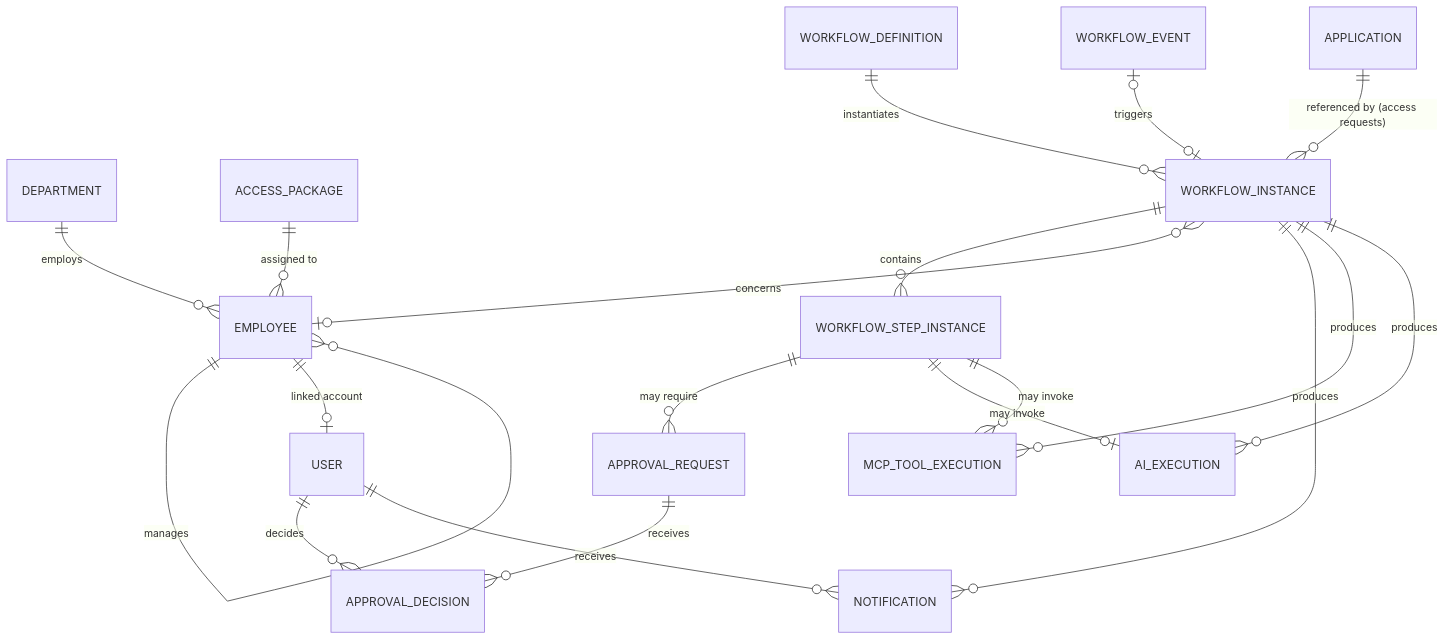
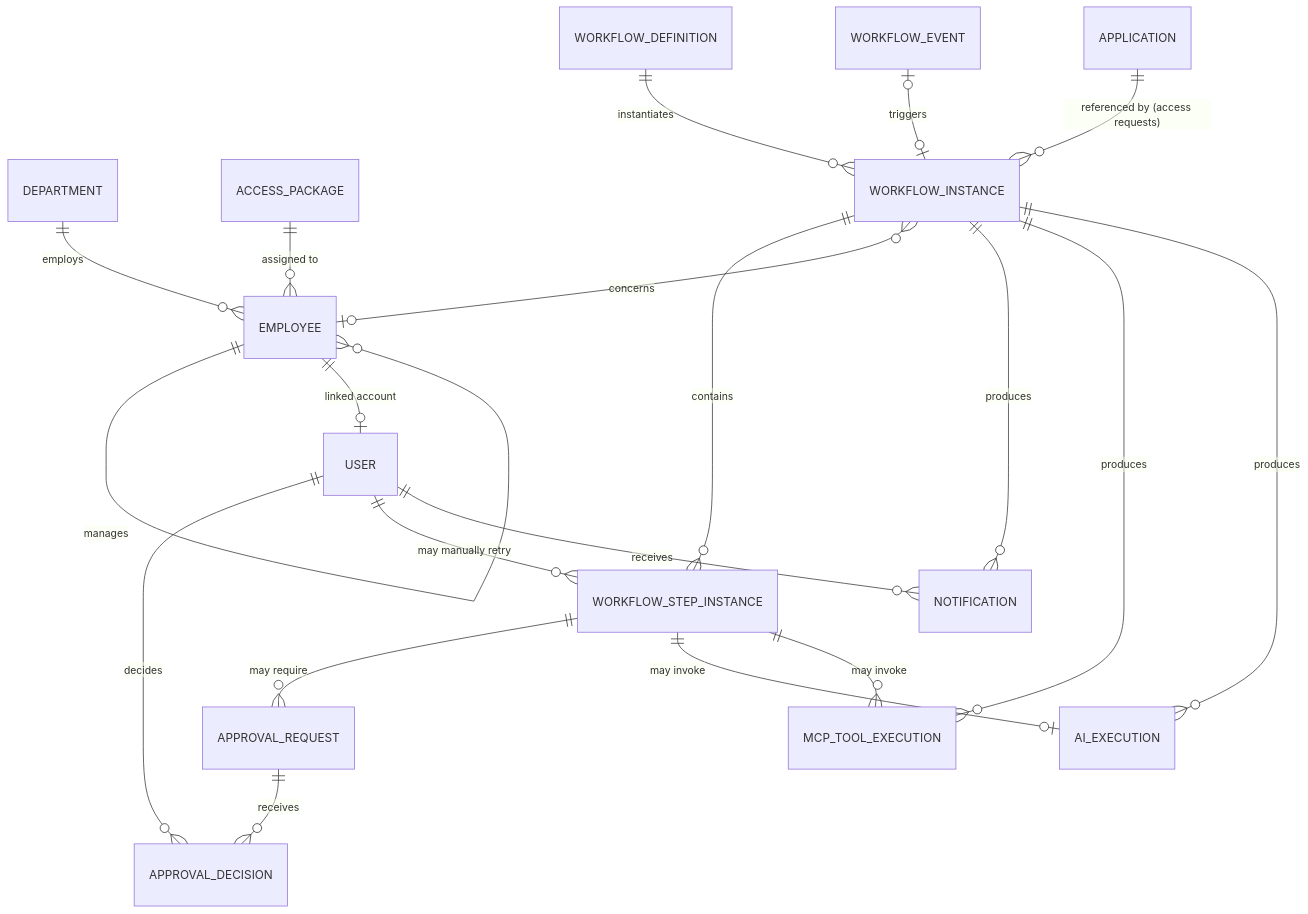
The diagram in docs/architecture/data-model.md (markrollinborja/Enterprise-AI-Workflow-Automation-Platform), drawn with Mermaid before and after one commit. The commit also changed other lines of this file and 15 other files, not shown here.

Commit message:
Phase 13b: admin manual retry endpoint for failed workflow steps

````diff
--- a/docs/architecture/data-model.md
+++ b/docs/architecture/data-model.md
@@ -22,26 +22,27 @@
 ```mermaid
 erDiagram
     DEPARTMENT ||--o{ EMPLOYEE : employs
     EMPLOYEE ||--o{ EMPLOYEE : manages
     ACCESS_PACKAGE ||--o{ EMPLOYEE : "assigned to"
     EMPLOYEE ||--o| USER : "linked account"
 
     WORKFLOW_DEFINITION ||--o{ WORKFLOW_INSTANCE : instantiates
     WORKFLOW_EVENT |o--o| WORKFLOW_INSTANCE : triggers
     WORKFLOW_INSTANCE ||--o{ WORKFLOW_STEP_INSTANCE : contains
     WORKFLOW_INSTANCE }o--o| EMPLOYEE : concerns
     WORKFLOW_INSTANCE ||--o{ NOTIFICATION : produces
     WORKFLOW_INSTANCE ||--o{ MCP_TOOL_EXECUTION : produces
     WORKFLOW_INSTANCE ||--o{ AI_EXECUTION : produces
 
     WORKFLOW_STEP_INSTANCE ||--o{ APPROVAL_REQUEST : "may require"
     WORKFLOW_STEP_INSTANCE ||--o| AI_EXECUTION : "may invoke"
     WORKFLOW_STEP_INSTANCE ||--o{ MCP_TOOL_EXECUTION : "may invoke"
 
     APPROVAL_REQUEST ||--o{ APPROVAL_DECISION : receives
     USER ||--o{ APPROVAL_DECISION : decides
+    USER ||--o{ WORKFLOW_STEP_INSTANCE : "may manually retry"
 
     APPLICATION ||--o{ WORKFLOW_INSTANCE : "referenced by (access requests)"
 
     USER ||--o{ NOTIFICATION : receives
 ```
````
